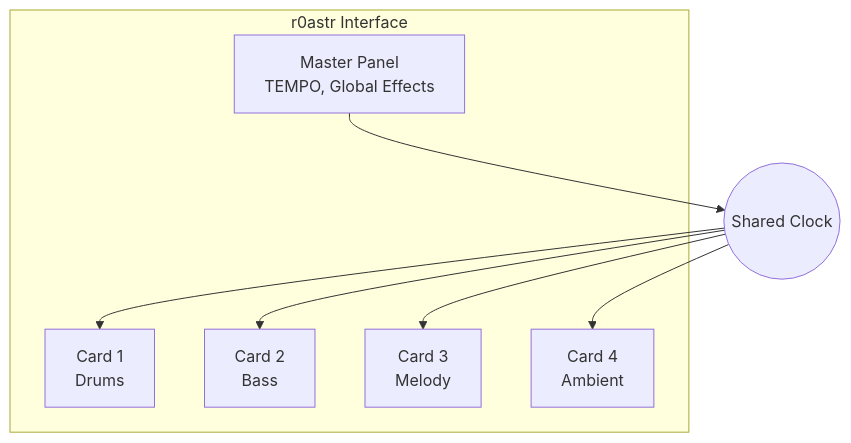
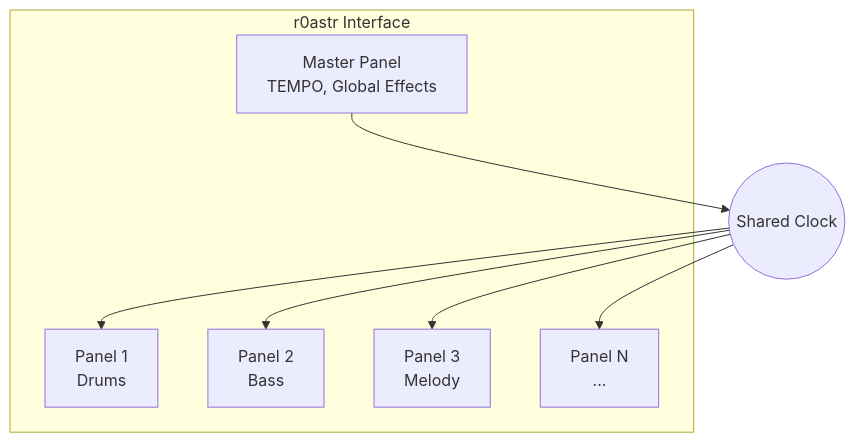
One commit to piatra-automation/r0astr changed the diagram in docs-source/learn/concepts.md. Above: the diagram before and after it, drawn with Mermaid. The commit also changed other lines of this file and 15 other files, not shown here.

````diff
--- a/docs-source/learn/concepts.md
+++ b/docs-source/learn/concepts.md
@@ -11,16 +11,16 @@
 ```mermaid
 graph TB
  subgraph r0astr["r0astr Interface"]
  MP[" Master Panel<br/>TEMPO, Global Effects"]
- C1[" Card 1<br/>Drums"]
- C2[" Card 2<br/>Bass"]
- C3[" Card 3<br/>Melody"]
- C4[" Card 4<br/>Ambient"]
+ C1[" Panel 1<br/>Drums"]
+ C2[" Panel 2<br/>Bass"]
+ C3[" Panel 3<br/>Melody"]
+ CN[" Panel N<br/>..."]
  end
  CLOCK((" Shared Clock"))
  MP --> CLOCK
  CLOCK --> C1
  CLOCK --> C2
  CLOCK --> C3
- CLOCK --> C4
+ CLOCK --> CN
 ```
````
